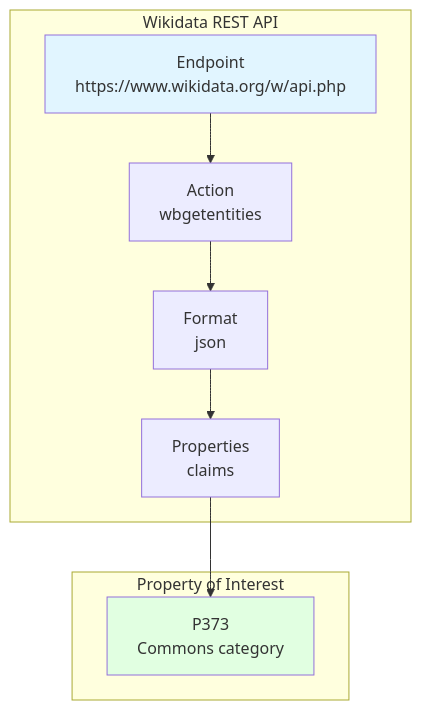
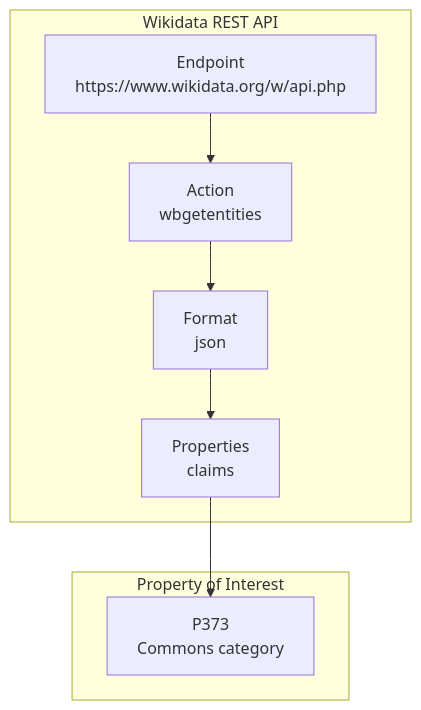
One commit to DaxServer/geocode-commons-categories changed the ninth of 19 diagrams in docs/import/api-interactions.md. Above: the diagram before and after it, drawn with Mermaid. The commit also changed other lines of this file and 5 other files, not shown here.

````diff
--- a/docs/import/api-interactions.md
+++ b/docs/import/api-interactions.md
@@ -269,21 +248,19 @@
 ```mermaid
 graph TB
     subgraph "Wikidata REST API"
         ENDPOINT[Endpoint<br/>https://www.wikidata.org/w/api.php]
         ACTION[Action<br/>wbgetentities]
         FORMAT[Format<br/>json]
         PROPS[Properties<br/>claims]
     end
 
     subgraph "Property of Interest"
         P373[P373<br/>Commons category]
     end
 
     ENDPOINT --> ACTION
     ACTION --> FORMAT
     FORMAT --> PROPS
     PROPS --> P373
 
-    style ENDPOINT fill:#e1f5ff
-    style P373 fill:#e1ffe1
 ```
````
